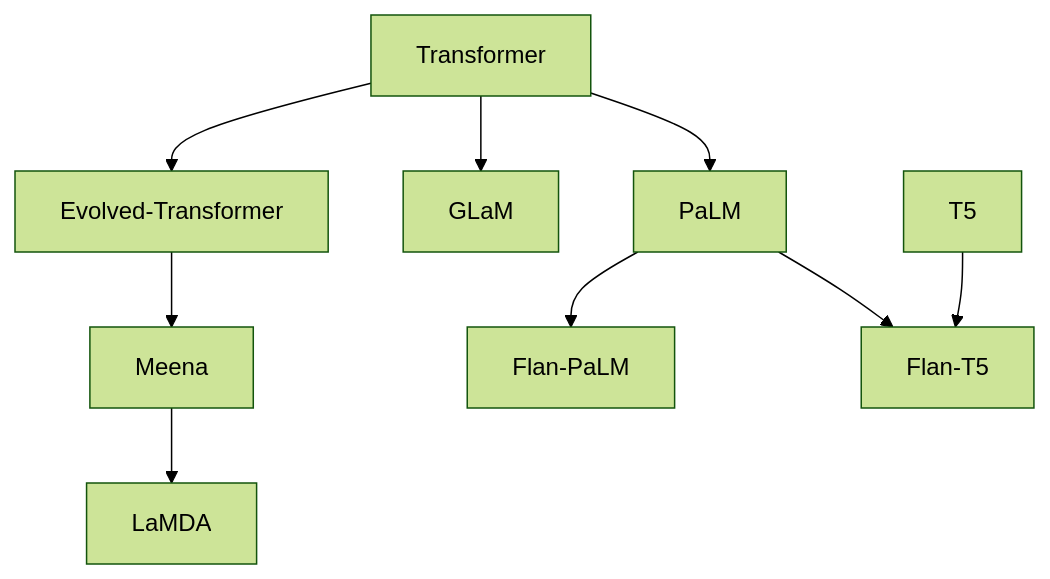
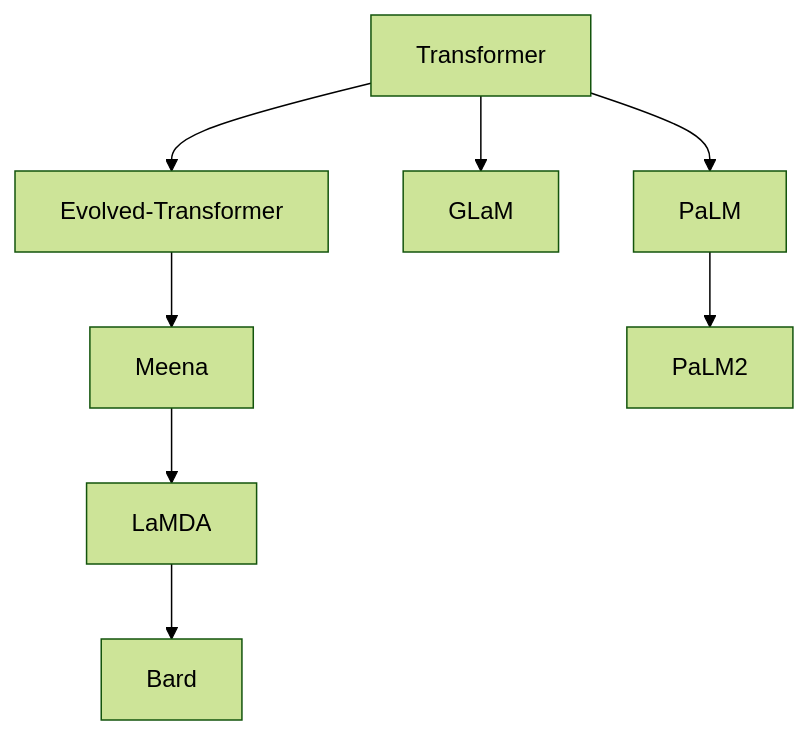
One commit to ted-sharp/chatvox changed the tenth of 13 diagrams in doc/llm.md. Above: the diagram before and after it, drawn with Mermaid (forest theme). The commit also changed other lines of this file, not shown here.

````diff
--- a/doc/llm.md
+++ b/doc/llm.md
@@ -336,9 +373,7 @@
 ```mermaid
 flowchart
 
-Transformer --> Evolved-Transformer --> Meena --> LaMDA
+Transformer --> Evolved-Transformer --> Meena --> LaMDA --> Bard
 Transformer --> GLaM
-Transformer --> PaLM --> Flan-PaLM
-PaLM --> Flan-T5
-T5 --> Flan-T5
+Transformer --> PaLM --> PaLM2
 ```
````
